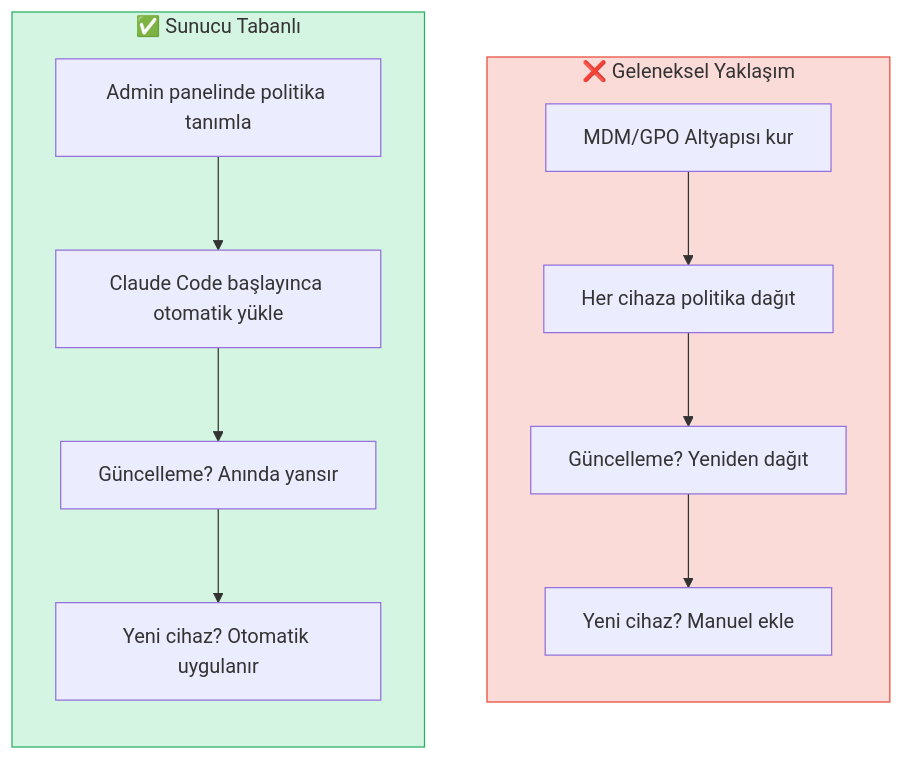
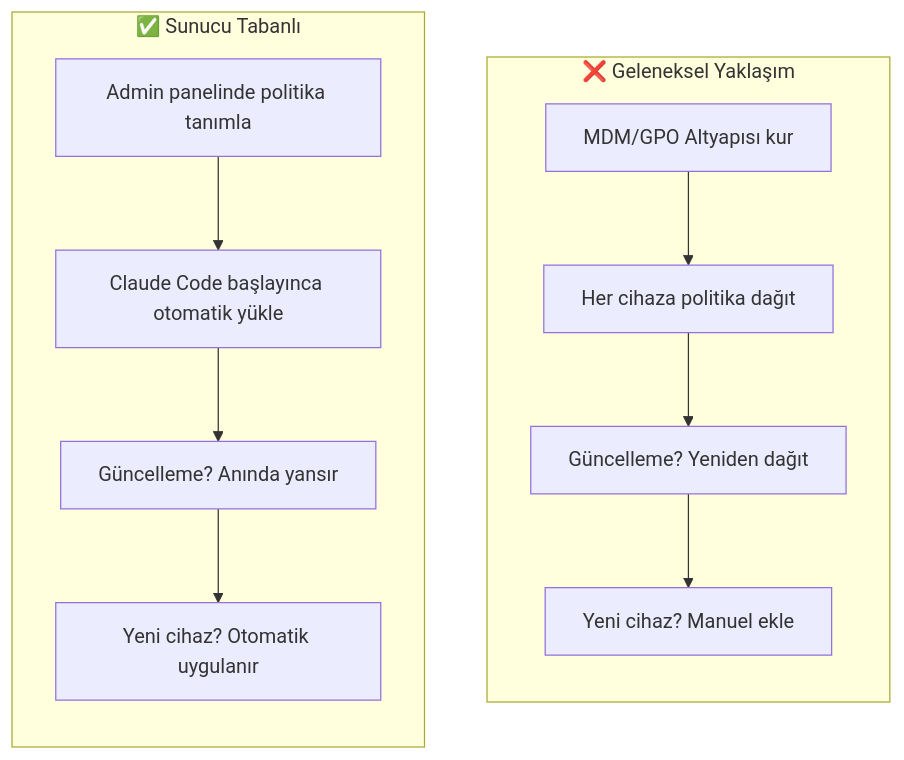
The second of 4 diagrams in 18-kurumsal-kullanim/06-sunucu-tabanli-ayarlar.md (IzzetYasinAtes/ClaudeCodeHandbook), drawn with Mermaid before and after one commit. The commit also changed other lines of this file and 97 other files, not shown here.

Commit message:
Remove all custom Mermaid style/fill colors from 98 markdown files for consistent dark theme rendering

````diff
--- a/18-kurumsal-kullanim/06-sunucu-tabanli-ayarlar.md
+++ b/18-kurumsal-kullanim/06-sunucu-tabanli-ayarlar.md
@@ -34,23 +29,21 @@
 ```mermaid
 flowchart TD
     subgraph traditional ["❌ Geleneksel Yaklaşım"]
         direction TB
         T1["MDM/GPO Altyapısı kur"]
         T2["Her cihaza politika dağıt"]
         T3["Güncelleme? Yeniden dağıt"]
         T4["Yeni cihaz? Manuel ekle"]
         T1 --> T2 --> T3 --> T4
     end
 
     subgraph server_managed ["✅ Sunucu Tabanlı"]
         direction TB
         S1["Admin panelinde politika tanımla"]
         S2["Claude Code başlayınca otomatik yükle"]
         S3["Güncelleme? Anında yansır"]
         S4["Yeni cihaz? Otomatik uygulanır"]
         S1 --> S2 --> S3 --> S4
     end
 
-    style traditional fill:#FADBD8,stroke:#E74C3C
-    style server_managed fill:#D5F5E3,stroke:#27AE60
 ```
````
